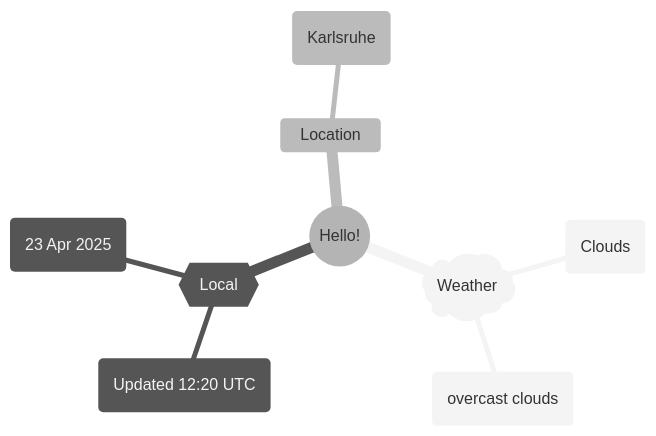
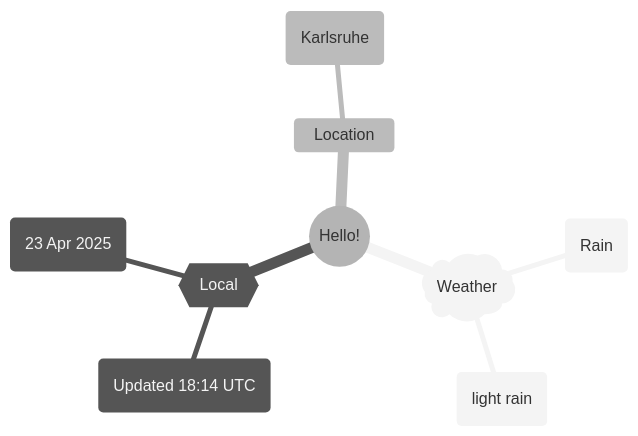
Before and after one commit to Xosrov/Xosrov: the first of 2 diagrams in README.md, drawn with Mermaid (neutral theme).

Commit message:
[bot] updated images

````diff
--- a/README.md
+++ b/README.md
@@ -3,12 +3,12 @@
 ```mermaid
 mindmap
   root((Hello!))
     )Weather(
-        (Clouds)
-        (overcast clouds)
+        (Rain)
+        (light rain)
     {{Local}}
-        (Updated 12:20 UTC)
+        (Updated 18:14 UTC)
         (23 Apr 2025)
     Location
         (Karlsruhe)
 ```
````
